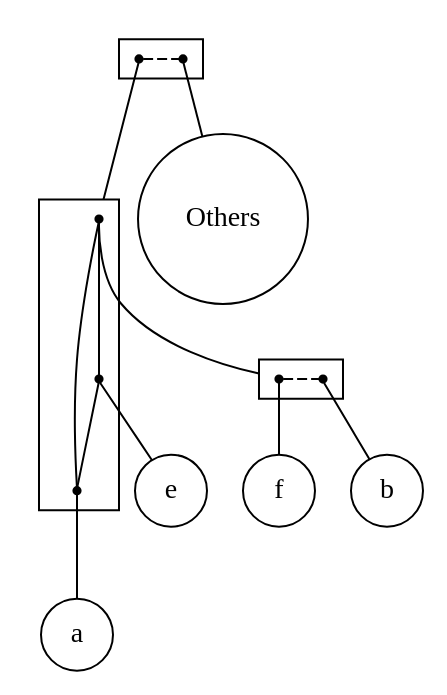
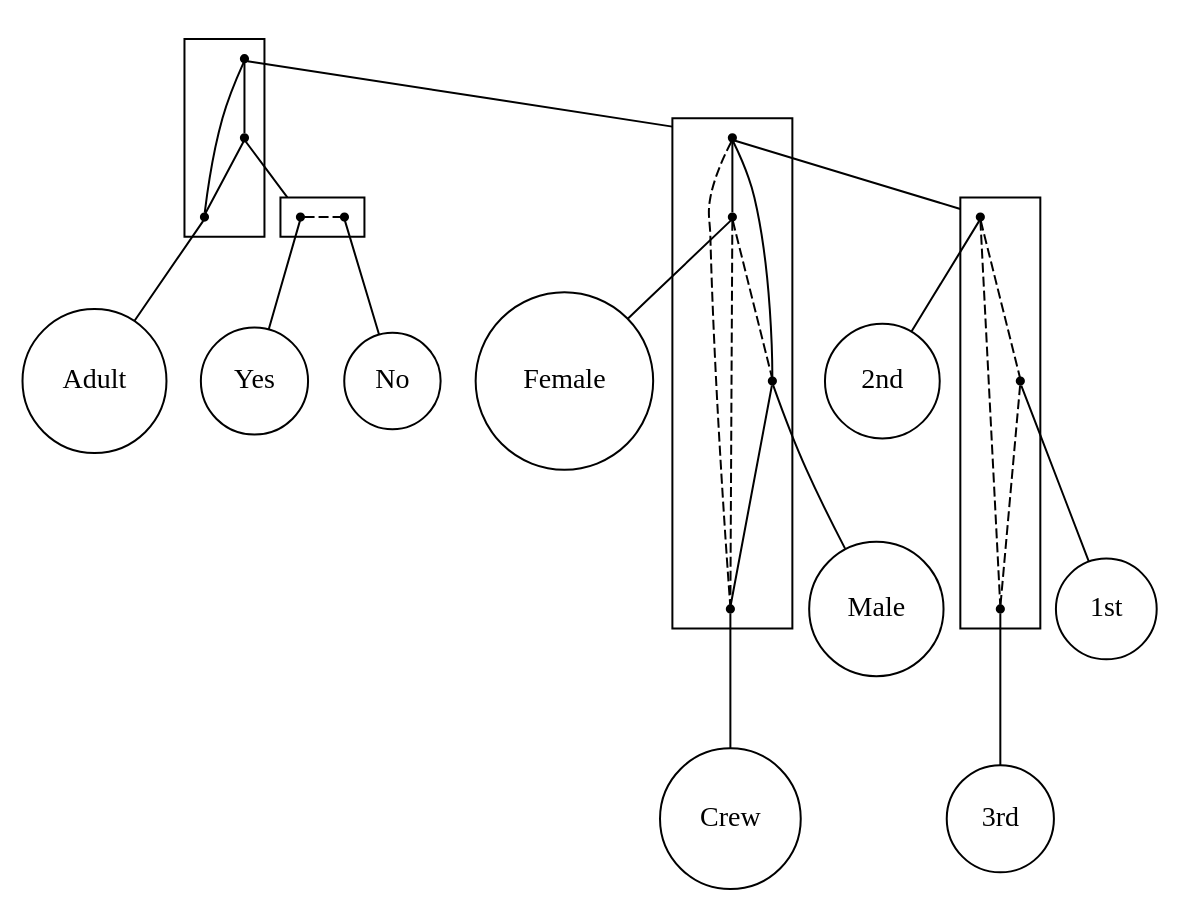
One commit to lrodrin/TFG changed the diagram in src/extension/plain_2-structure_with_threshold.dot. Above: the diagram before and after it, drawn with Graphviz. The commit also changed 9 other files, not shown here.

```diff
--- a/src/extension/plain_2-structure_with_threshold.dot
+++ b/src/extension/plain_2-structure_with_threshold.dot
@@ -1,38 +1,58 @@
 strict digraph "plain_2-structure_with_threshold" {
 compound=true;
 fontname=Verdana;
 fontsize=12;
 newrank=true;
 node [shape=circle];
-Others;
-e;
-a;
-f;
-b;
-subgraph cluster_bfOthersea {
+Adult;
+Female;
+Male;
+Crew;
+"2nd";
+"1st";
+"3rd";
+Yes;
+No;
+subgraph cluster_2ndCrewMale3rdNo1stAdultYesFemale {
+node [shape=point];
+s_2nd1stCrewMaleFemale3rd -> s_YesNo  [arrowhead=none, color=black, style=solid];
+s_2nd1stCrewMaleFemale3rd -> s_Adult  [arrowhead=none, color=black, style=solid];
+s_YesNo -> s_Adult  [arrowhead=none, color=black, style=solid];
+}
+
+subgraph cluster_2nd1stCrewMaleFemale3rd {
+node [shape=point];
+s_1st2nd3rd -> s_Female  [arrowhead=none, color=black, style=solid];
+s_1st2nd3rd -> s_Male  [arrowhead=none, color=black, style=solid];
+s_1st2nd3rd -> s_Crew  [arrowhead=none, color=black, style=dashed];
+s_Female -> s_Male  [arrowhead=none, color=black, style=dashed];
+s_Female -> s_Crew  [arrowhead=none, color=black, style=dashed];
+s_Male -> s_Crew  [arrowhead=none, color=black, style=solid];
+}
+
+subgraph cluster_1st2nd3rd {
+node [shape=point];
+s_2nd -> s_1st  [arrowhead=none, color=black, style=dashed];
+s_2nd -> s_3rd  [arrowhead=none, color=black, style=dashed];
+s_1st -> s_3rd  [arrowhead=none, color=black, style=dashed];
+}
+
+subgraph cluster_YesNo {
 rank=same;
 node [shape=point];
-s_aebf -> s_Others  [arrowhead=none, color=black, style=dashed];
+s_Yes -> s_No  [arrowhead=none, color=black, style=dashed];
 }
 
-subgraph cluster_aebf {
-node [shape=point];
-s_bf -> s_e  [arrowhead=none, color=black, style=solid];
-s_bf -> s_a  [arrowhead=none, color=black, style=solid];
-s_e -> s_a  [arrowhead=none, color=black, style=solid];
+s_2nd1stCrewMaleFemale3rd -> s_1st2nd3rd  [arrowhead=none, lhead=cluster_2nd1stCrewMaleFemale3rd];
+s_YesNo -> s_Yes  [arrowhead=none, lhead=cluster_YesNo];
+s_Adult -> Adult  [arrowhead=none];
+s_1st2nd3rd -> s_2nd  [arrowhead=none, lhead=cluster_1st2nd3rd];
+s_Female -> Female  [arrowhead=none];
+s_Male -> Male  [arrowhead=none];
+s_Crew -> Crew  [arrowhead=none];
+s_2nd -> "2nd"  [arrowhead=none];
+s_1st -> "1st"  [arrowhead=none];
+s_3rd -> "3rd"  [arrowhead=none];
+s_Yes -> Yes  [arrowhead=none];
+s_No -> No  [arrowhead=none];
 }
-
-subgraph cluster_bf {
-rank=same;
-node [shape=point];
-s_f -> s_b  [arrowhead=none, color=black, style=dashed];
-}
-
-s_aebf -> s_bf  [arrowhead=none, lhead=cluster_aebf];
-s_Others -> Others  [arrowhead=none];
-s_bf -> s_f  [arrowhead=none, lhead=cluster_bf];
-s_e -> e  [arrowhead=none];
-s_a -> a  [arrowhead=none];
-s_f -> f  [arrowhead=none];
-s_b -> b  [arrowhead=none];
-}
```
